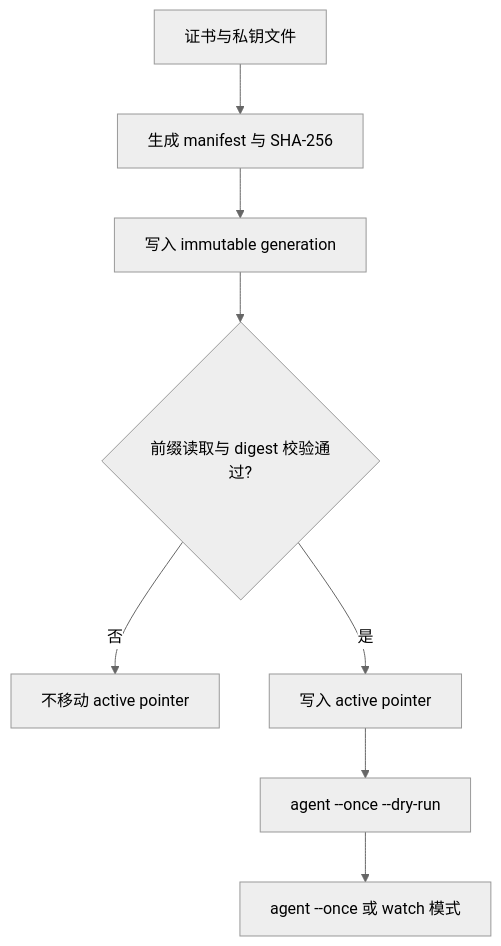
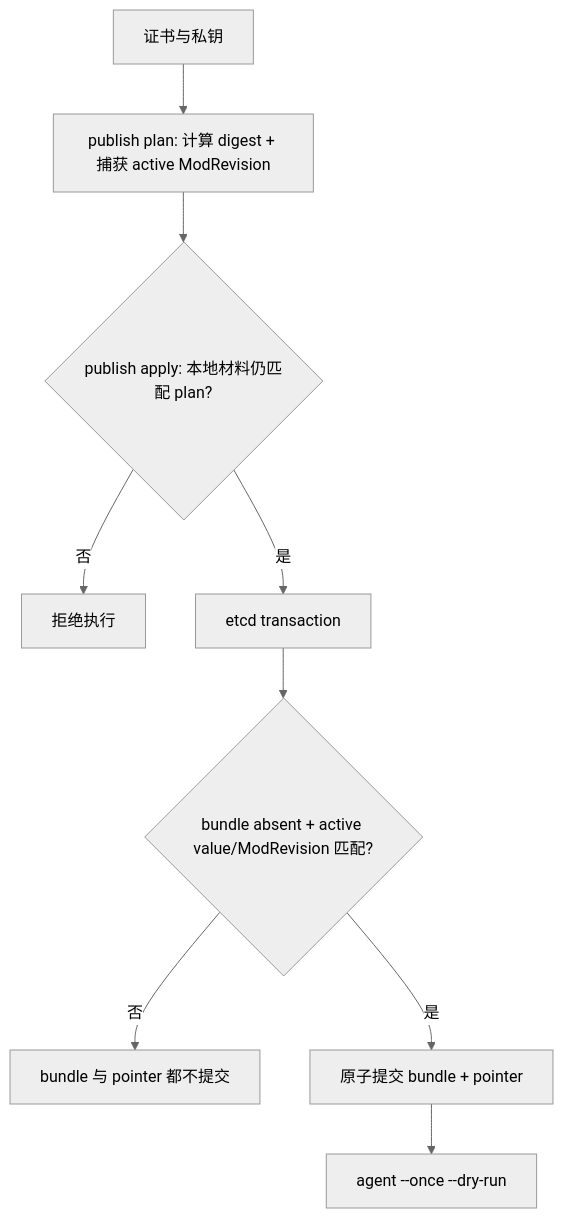
One commit to lwmacct/260907-pemcast changed the diagram in .agents/skills/repo-deployment/references/publishing.md. Above: the diagram before and after it, drawn with Mermaid (neutral theme). The commit also changed other lines of this file and 21 other files, not shown here.

````diff
--- a/.agents/skills/repo-deployment/references/publishing.md
+++ b/.agents/skills/repo-deployment/references/publishing.md
@@ -14,10 +12,11 @@
 ```mermaid
 flowchart TD
-    material["证书与私钥文件"] --> manifest["生成 manifest 与 SHA-256"]
-    manifest --> generation["写入 immutable generation"]
-    generation --> verify{"前缀读取与 digest 校验通过?"}
-    verify -->|"否"| stop["不移动 active pointer"]
-    verify -->|"是"| pointer["写入 active pointer"]
-    pointer --> dryrun["agent --once --dry-run"]
-    dryrun --> sync["agent --once 或 watch 模式"]
+    material["证书与私钥"] --> plan["publish plan: 计算 digest + 捕获 active ModRevision"]
+    plan --> apply{"publish apply: 本地材料仍匹配 plan?"}
+    apply -->|"否"| stop["拒绝执行"]
+    apply -->|"是"| txn["etcd transaction"]
+    txn --> condition{"bundle absent + active value/ModRevision 匹配?"}
+    condition -->|"否"| reject["bundle 与 pointer 都不提交"]
+    condition -->|"是"| commit["原子提交 bundle + pointer"]
+    commit --> dryrun["agent --once --dry-run"]
 ```
````
